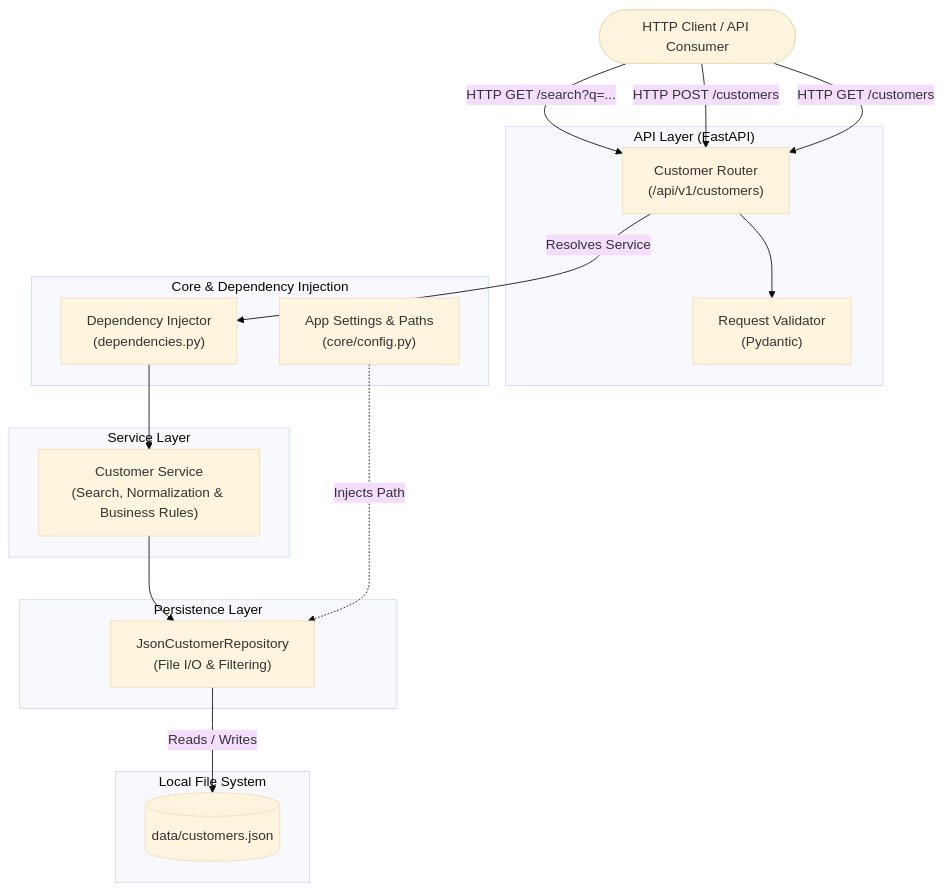
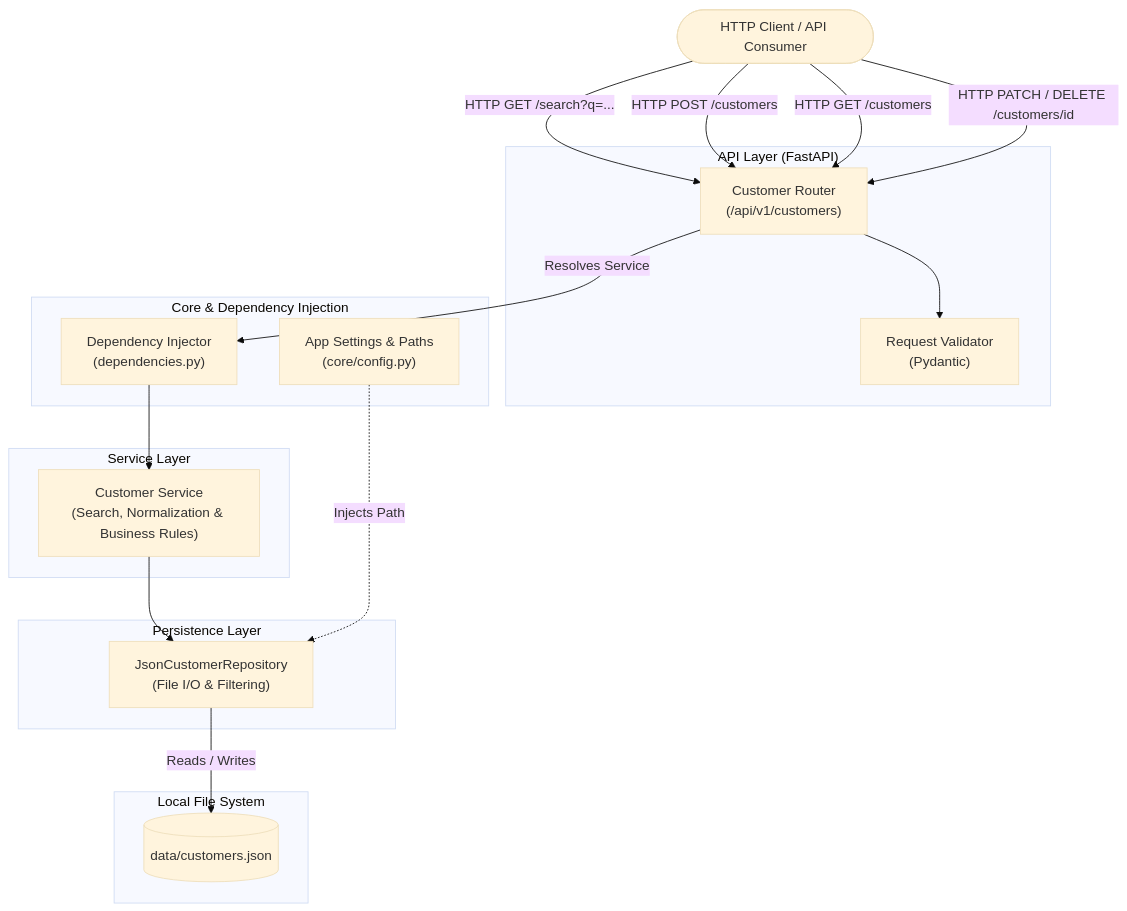
Before and after one commit to DanielKao72/ada-06-mcp-github: the first of 2 diagrams in ARCHITECTURE.md, drawn with Mermaid (base theme). The commit also changed other lines of this file and 5 other files, not shown here.

````diff
--- a/ARCHITECTURE.md
+++ b/ARCHITECTURE.md
@@ -6,37 +6,38 @@
 ```mermaid
 flowchart TD
     Client(["HTTP Client / API Consumer"])
     
     subgraph API_Layer ["API Layer (FastAPI)"]
         Router["Customer Router\n(/api/v1/customers)"]
         Validator["Request Validator\n(Pydantic)"]
     end
 
     subgraph Core_Layer ["Core & Dependency Injection"]
         Config["App Settings & Paths\n(core/config.py)"]
         Deps["Dependency Injector\n(dependencies.py)"]
     end
 
     subgraph Service_Layer ["Service Layer"]
         CustomerService["Customer Service\n(Search, Normalization & Business Rules)"]
     end
 
     subgraph Persistence_Layer ["Persistence Layer"]
         CustomerRepo["JsonCustomerRepository\n(File I/O & Filtering)"]
     end
 
     subgraph File_Storage ["Local File System"]
         JsonFile[("data/customers.json")]
     end
 
     Client -->|HTTP GET /search?q=...| Router
     Client -->|HTTP POST /customers| Router
     Client -->|HTTP GET /customers| Router
+    Client -->|HTTP PATCH / DELETE /customers/id| Router
     
     Router --> Validator
     Router -->|Resolves Service| Deps
     Deps --> CustomerService
     CustomerService --> CustomerRepo
     CustomerRepo -->|Reads / Writes| JsonFile
     Config -.->|Injects Path| CustomerRepo
 ```
````
